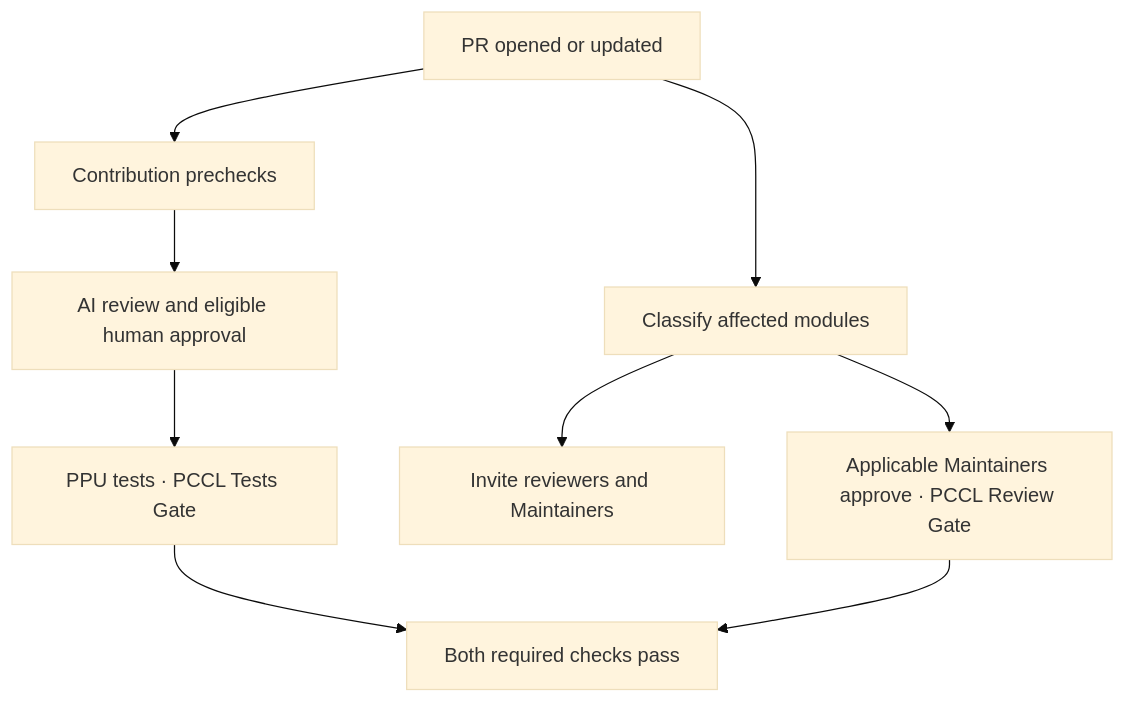
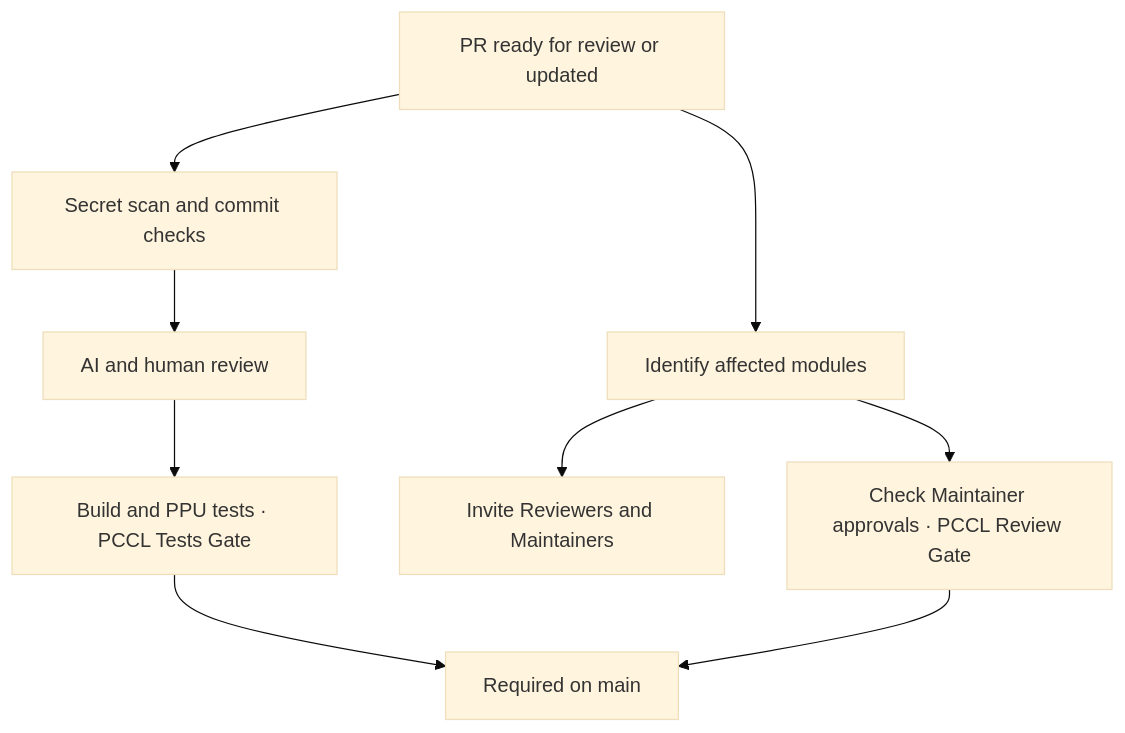
One commit to t-head/pccl changed the diagram in .github/README.md. Above: the diagram before and after it, drawn with Mermaid (base theme). The commit also changed other lines of this file and 9 other files, not shown here.

````diff
--- a/.github/README.md
+++ b/.github/README.md
@@ -5,11 +32,11 @@
 ```mermaid
 flowchart TD
-    PR[PR opened or updated] --> P[Contribution prechecks]
-    P --> H[AI review and eligible human approval]
-    H --> T["PPU tests · PCCL Tests Gate"]
-    PR --> C[Classify affected modules]
-    C --> I[Invite reviewers and Maintainers]
-    C --> A["Applicable Maintainers approve · PCCL Review Gate"]
-    T --> M[Both required checks pass]
+    PR[PR ready for review or updated] --> P[Secret scan and commit checks]
+    P --> H[AI and human review]
+    H --> T["Build and PPU tests · PCCL Tests Gate"]
+    PR --> C[Identify affected modules]
+    C --> I[Invite Reviewers and Maintainers]
+    C --> A["Check Maintainer approvals · PCCL Review Gate"]
+    T --> M[Required on main]
     A --> M
 ```
````
